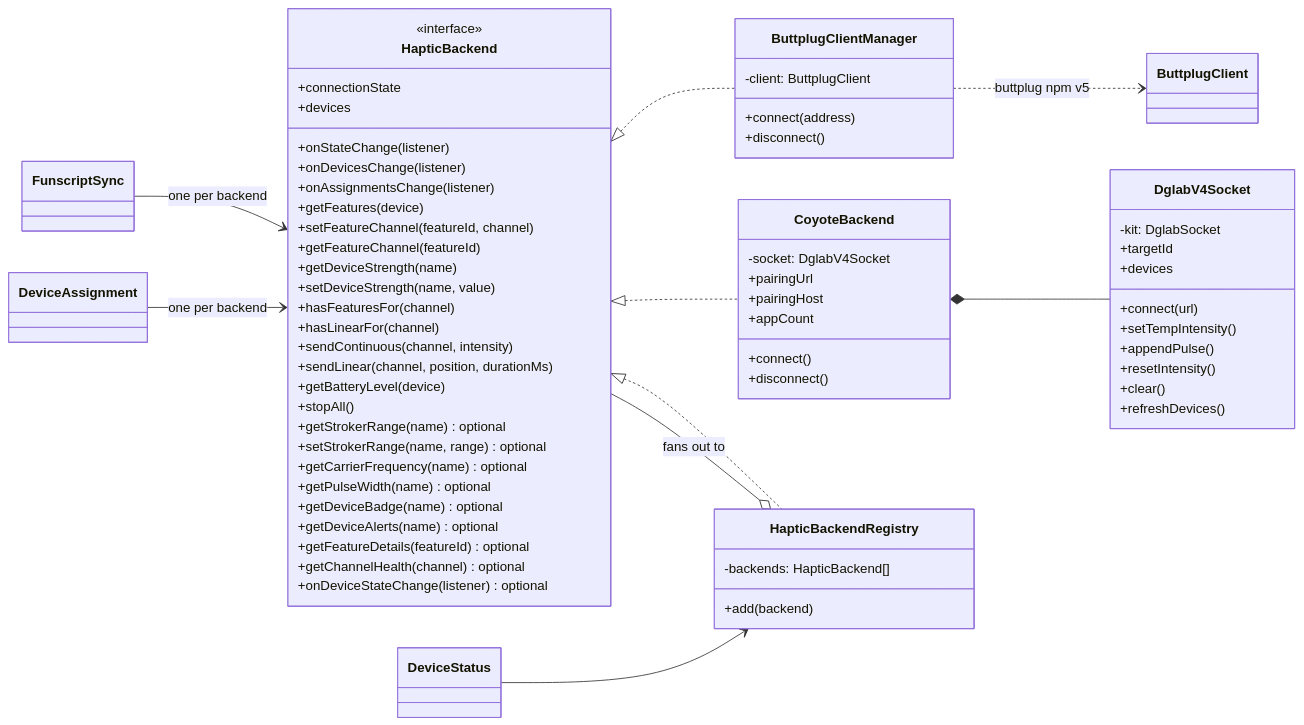
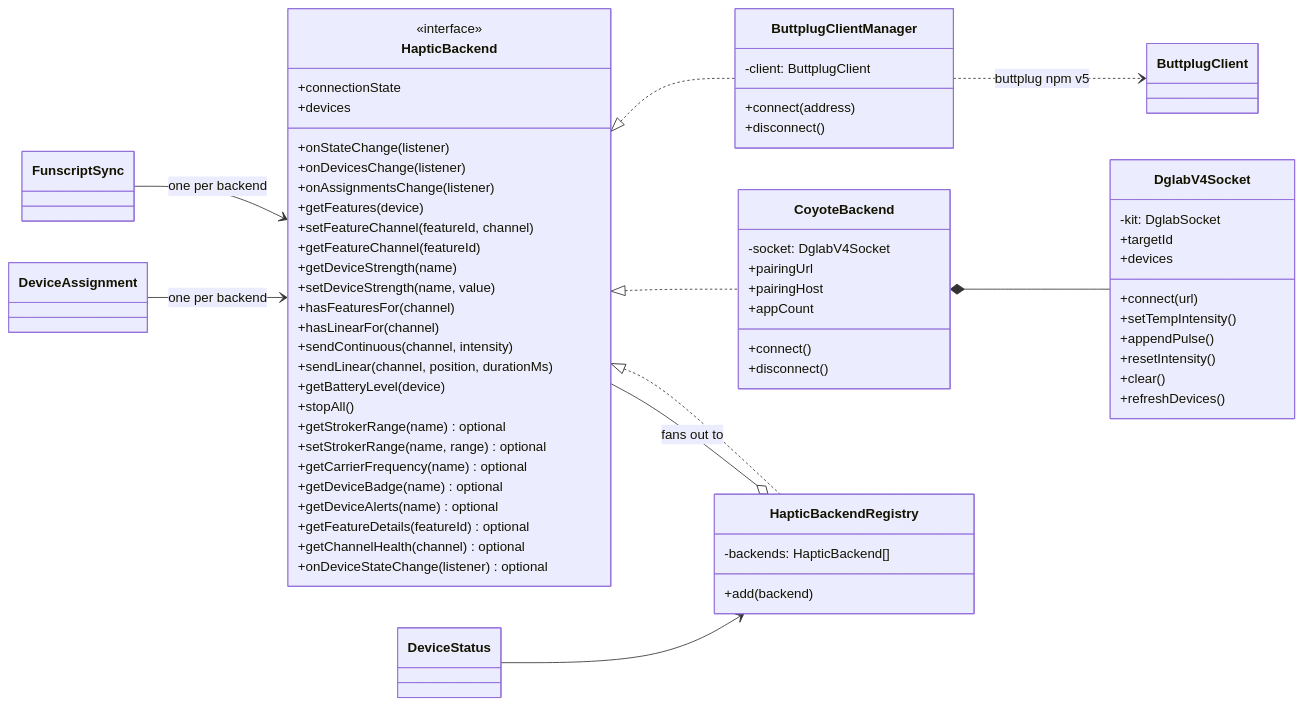
One commit to lumbar-spine-support/docker-haptic-player changed the second of 7 diagrams in docs/developer/haptics.md. Above: the diagram before and after it, drawn with Mermaid. The commit also changed other lines of this file and 20 other files, not shown here.

````diff
--- a/docs/developer/haptics.md
+++ b/docs/developer/haptics.md
@@ -51,75 +51,74 @@
 ```mermaid
 classDiagram
   direction LR
   class HapticBackend {
     <<interface>>
     +connectionState
     +devices
     +onStateChange(listener)
     +onDevicesChange(listener)
     +onAssignmentsChange(listener)
     +getFeatures(device)
     +setFeatureChannel(featureId, channel)
     +getFeatureChannel(featureId)
     +getDeviceStrength(name)
     +setDeviceStrength(name, value)
     +hasFeaturesFor(channel)
     +hasLinearFor(channel)
     +sendContinuous(channel, intensity)
     +sendLinear(channel, position, durationMs)
     +getBatteryLevel(device)
     +stopAll()
     +getStrokerRange(name) optional
     +setStrokerRange(name, range) optional
     +getCarrierFrequency(name) optional
-    +getPulseWidth(name) optional
     +getDeviceBadge(name) optional
     +getDeviceAlerts(name) optional
     +getFeatureDetails(featureId) optional
     +getChannelHealth(channel) optional
     +onDeviceStateChange(listener) optional
   }
 
   class ButtplugClientManager {
     -client: ButtplugClient
     +connect(address)
     +disconnect()
   }
   class CoyoteBackend {
     -socket: DglabV4Socket
     +connect()
     +disconnect()
     +pairingUrl
     +pairingHost
     +appCount
   }
   class HapticBackendRegistry {
     -backends: HapticBackend[]
     +add(backend)
   }
   class DglabV4Socket {
     -kit: DglabSocket
     +connect(url)
     +setTempIntensity()
     +appendPulse()
     +resetIntensity()
     +clear()
     +refreshDevices()
     +targetId
     +devices
   }
 
   HapticBackend <|.. ButtplugClientManager
   HapticBackend <|.. CoyoteBackend
   HapticBackend <|.. HapticBackendRegistry
   HapticBackendRegistry o-- HapticBackend : fans out to
   CoyoteBackend *-- DglabV4Socket
   ButtplugClientManager ..> ButtplugClient : buttplug npm v5
 
   class FunscriptSync
   class DeviceAssignment
   class DeviceStatus
   FunscriptSync --> HapticBackend : one per backend
   DeviceAssignment --> HapticBackend : one per backend
   DeviceStatus --> HapticBackendRegistry
 ```
````
